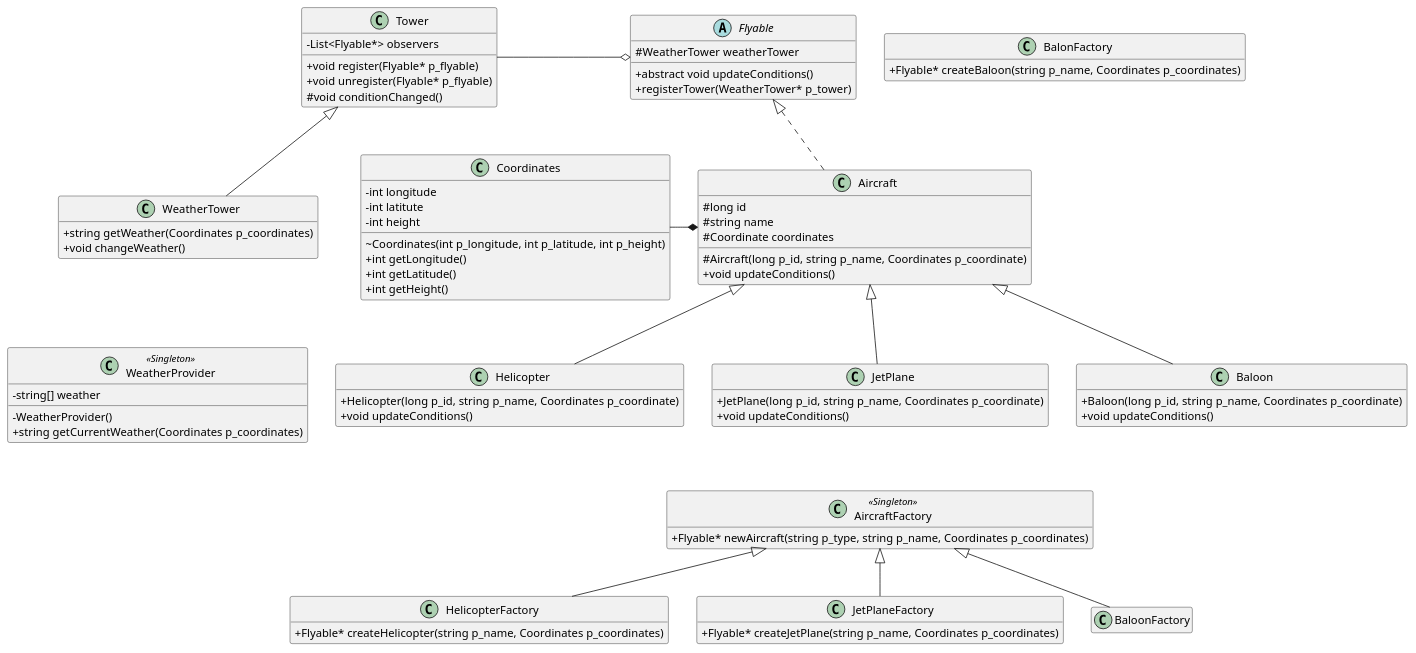
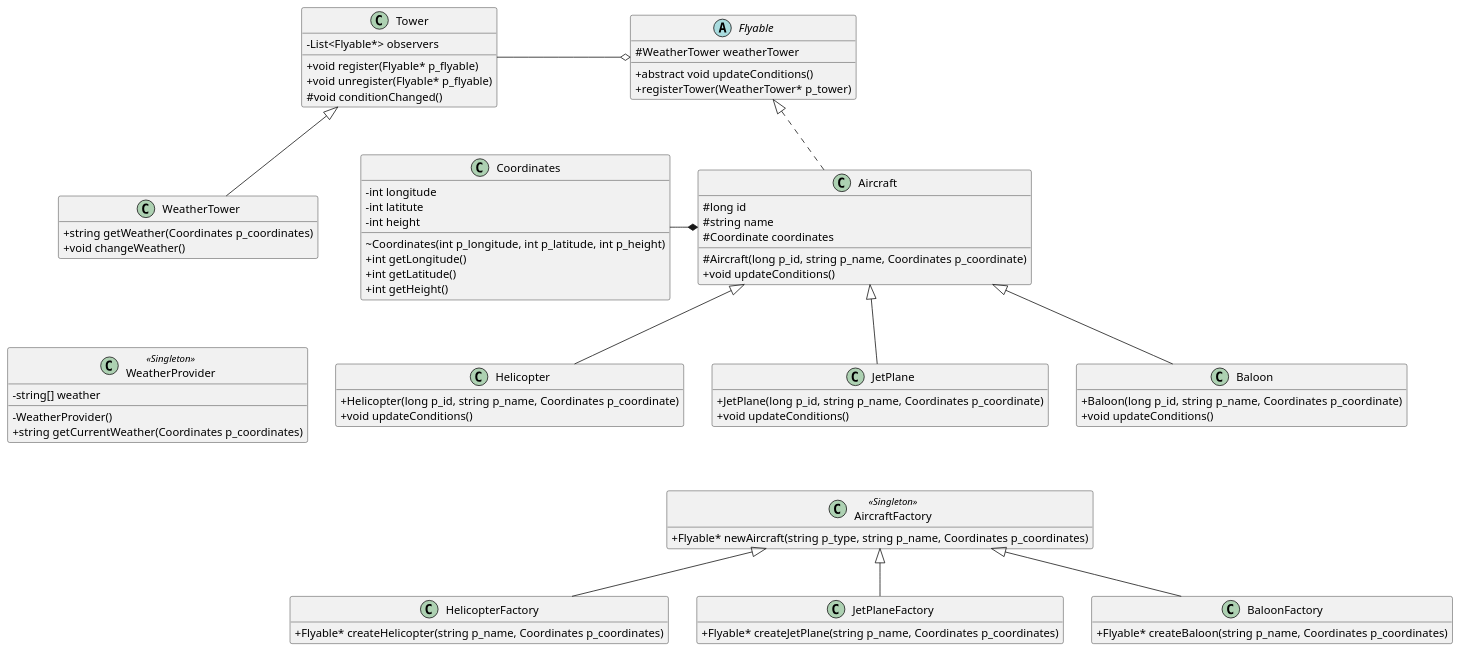
Before and after one commit to eprei/42_avaj-launcher: the diagram in 01_subject/myUml.puml, drawn with PlantUML.

```diff
--- a/01_subject/myUml.puml
+++ b/01_subject/myUml.puml
@@ -1,104 +1,104 @@
 @startuml
 skinparam classAttributeIconSize 0
 hide empty members
 class Tower
 {
 - List<Flyable*> observers
 +void register(Flyable* p_flyable)
 +void unregister(Flyable* p_flyable)
 #void conditionChanged()
 }
 
 class WeatherTower
 {
 +string getWeather(Coordinates p_coordinates)
 +void changeWeather()
 }
 
 class WeatherProvider <<Singleton>>
 {
 -string[] weather
 -WeatherProvider()
 +string getCurrentWeather(Coordinates p_coordinates)
 }
 
 class Coordinates
 {
 -int longitude
 -int latitute
 -int height
 ~Coordinates(int p_longitude, int p_latitude, int p_height)
 +int getLongitude()
 +int getLatitude()
 +int getHeight()
 }
 
 class Aircraft
 {
 #long id
 #string name
 #Coordinate coordinates
 #Aircraft(long p_id, string p_name, Coordinates p_coordinate)
 +void updateConditions()
 }
 
 abstract Flyable
 {
 #WeatherTower weatherTower
 +abstract void updateConditions()
 +registerTower(WeatherTower* p_tower)
 }
 
 class Helicopter
 {
 +Helicopter(long p_id, string p_name, Coordinates p_coordinate)
 +void updateConditions()
 }
 
 class JetPlane
 {
 +JetPlane(long p_id, string p_name, Coordinates p_coordinate)
 +void updateConditions()
 }
 
 class Baloon
 {
 +Baloon(long p_id, string p_name, Coordinates p_coordinate)
 +void updateConditions()
 }
 
 class AircraftFactory <<Singleton>>
 {
 +Flyable* newAircraft(string p_type, string p_name, Coordinates p_coordinates)
 }
 
 class HelicopterFactory
 {
 +Flyable* createHelicopter(string p_name, Coordinates p_coordinates)
 }
 
 class JetPlaneFactory
 {
 +Flyable* createJetPlane(string p_name, Coordinates p_coordinates)
 }
 
-class BalonFactory
+class BaloonFactory
 {
 +Flyable* createBaloon(string p_name, Coordinates p_coordinates)
 }
 
 Tower <|-- WeatherTower
 Tower -o Flyable
 Coordinates -* Aircraft
 Flyable <|.. Aircraft
 Aircraft <|-- Helicopter
 Aircraft <|-- JetPlane
 Aircraft <|-- Baloon
 AircraftFactory <|-- HelicopterFactory
 AircraftFactory <|-- JetPlaneFactory
 AircraftFactory <|-- BaloonFactory
 
 JetPlane -[hidden]- AircraftFactory
 WeatherTower -[hidden]- WeatherProvider
 
 @enduml
```
